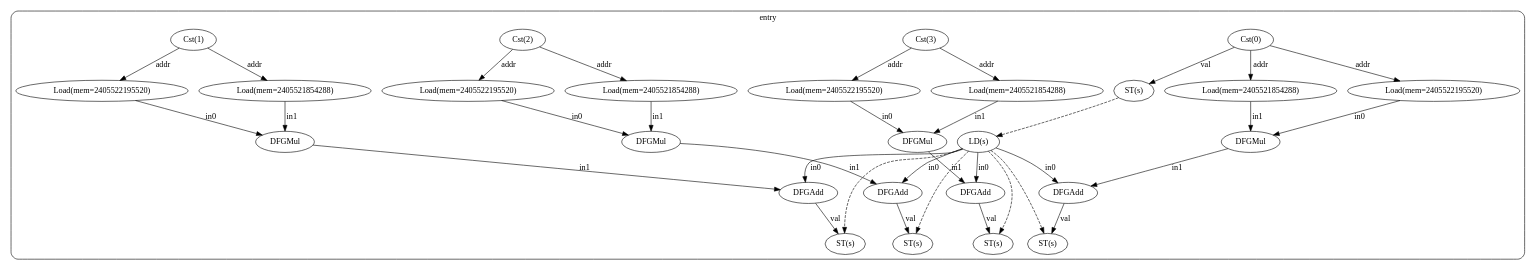
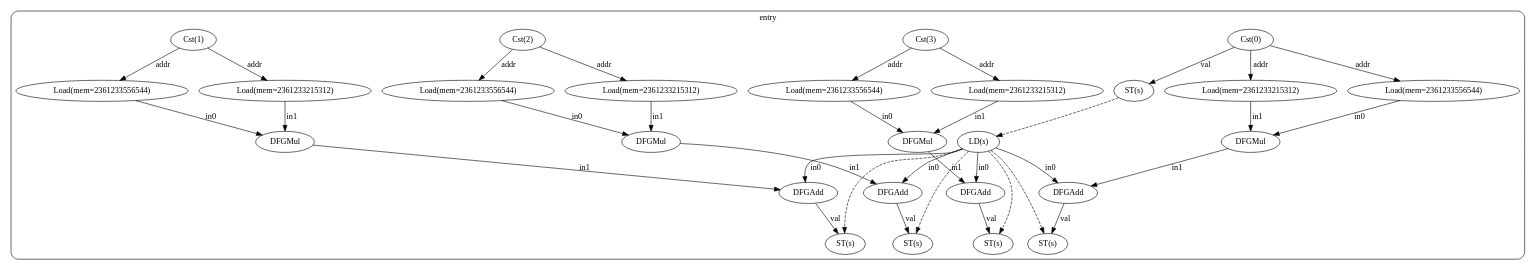
The diagram in test23/cfg_with_dfg.dot (ma-carrillo/High-level-synthesis-assignment), drawn with Graphviz before and after one commit. The commit also changed 15 other files, not shown here.

```diff
--- a/test23/cfg_with_dfg.dot
+++ b/test23/cfg_with_dfg.dot
@@ -1,67 +1,67 @@
 digraph "cfg" {
   compound=true;
   subgraph "cluster_bb0" {
     label="entry";
     style=rounded;
     bb0_n0 [label="Cst(0)"];
     bb0_n1 [label="ST(s)"];
     bb0_n2 [label="LD(s)"];
-    bb0_n3 [label="Load(mem=2405522195520)"];
-    bb0_n4 [label="Load(mem=2405521854288)"];
+    bb0_n3 [label="Load(mem=2361233556544)"];
+    bb0_n4 [label="Load(mem=2361233215312)"];
     bb0_n5 [label="DFGMul"];
     bb0_n6 [label="DFGAdd"];
     bb0_n7 [label="ST(s)"];
     bb0_n9 [label="Cst(1)"];
-    bb0_n10 [label="Load(mem=2405522195520)"];
-    bb0_n11 [label="Load(mem=2405521854288)"];
+    bb0_n10 [label="Load(mem=2361233556544)"];
+    bb0_n11 [label="Load(mem=2361233215312)"];
     bb0_n12 [label="DFGMul"];
     bb0_n13 [label="DFGAdd"];
     bb0_n14 [label="ST(s)"];
     bb0_n16 [label="Cst(2)"];
-    bb0_n17 [label="Load(mem=2405522195520)"];
-    bb0_n18 [label="Load(mem=2405521854288)"];
+    bb0_n17 [label="Load(mem=2361233556544)"];
+    bb0_n18 [label="Load(mem=2361233215312)"];
     bb0_n19 [label="DFGMul"];
     bb0_n20 [label="DFGAdd"];
     bb0_n21 [label="ST(s)"];
     bb0_n23 [label="Cst(3)"];
-    bb0_n24 [label="Load(mem=2405522195520)"];
-    bb0_n25 [label="Load(mem=2405521854288)"];
+    bb0_n24 [label="Load(mem=2361233556544)"];
+    bb0_n25 [label="Load(mem=2361233215312)"];
     bb0_n26 [label="DFGMul"];
     bb0_n27 [label="DFGAdd"];
     bb0_n28 [label="ST(s)"];
     bb0_n0 -> bb0_n1 [label="val"];
     bb0_n0 -> bb0_n3 [label="addr"];
     bb0_n0 -> bb0_n4 [label="addr"];
     bb0_n1 -> bb0_n2 [style="dashed"];
     bb0_n2 -> bb0_n6 [label="in0"];
     bb0_n2 -> bb0_n7 [style="dashed"];
     bb0_n2 -> bb0_n13 [label="in0"];
     bb0_n2 -> bb0_n14 [style="dashed"];
     bb0_n2 -> bb0_n20 [label="in0"];
     bb0_n2 -> bb0_n21 [style="dashed"];
     bb0_n2 -> bb0_n27 [label="in0"];
     bb0_n2 -> bb0_n28 [style="dashed"];
     bb0_n3 -> bb0_n5 [label="in0"];
     bb0_n4 -> bb0_n5 [label="in1"];
     bb0_n5 -> bb0_n6 [label="in1"];
     bb0_n6 -> bb0_n7 [label="val"];
     bb0_n9 -> bb0_n10 [label="addr"];
     bb0_n9 -> bb0_n11 [label="addr"];
     bb0_n10 -> bb0_n12 [label="in0"];
     bb0_n11 -> bb0_n12 [label="in1"];
     bb0_n12 -> bb0_n13 [label="in1"];
     bb0_n13 -> bb0_n14 [label="val"];
     bb0_n16 -> bb0_n17 [label="addr"];
     bb0_n16 -> bb0_n18 [label="addr"];
     bb0_n17 -> bb0_n19 [label="in0"];
     bb0_n18 -> bb0_n19 [label="in1"];
     bb0_n19 -> bb0_n20 [label="in1"];
     bb0_n20 -> bb0_n21 [label="val"];
     bb0_n23 -> bb0_n24 [label="addr"];
     bb0_n23 -> bb0_n25 [label="addr"];
     bb0_n24 -> bb0_n26 [label="in0"];
     bb0_n25 -> bb0_n26 [label="in1"];
     bb0_n26 -> bb0_n27 [label="in1"];
     bb0_n27 -> bb0_n28 [label="val"];
   }
 }
```
